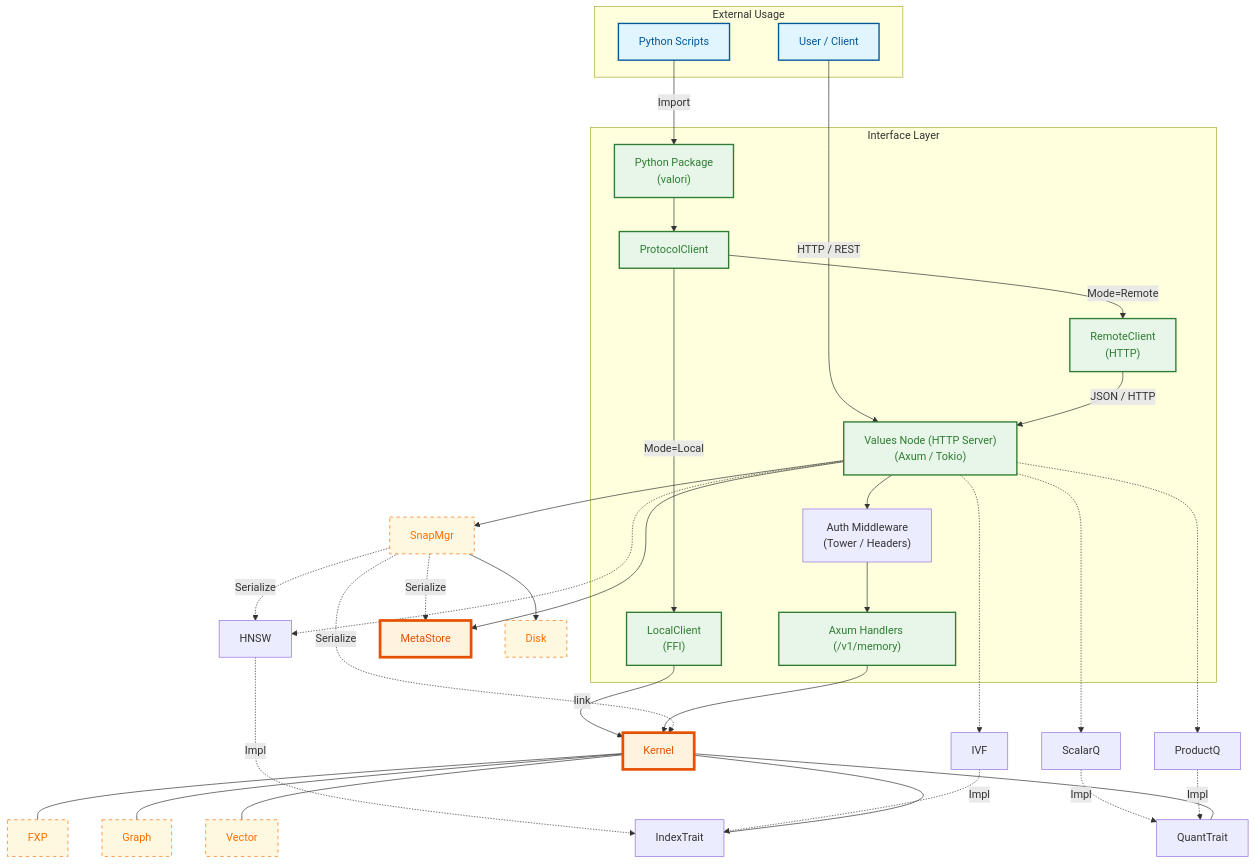
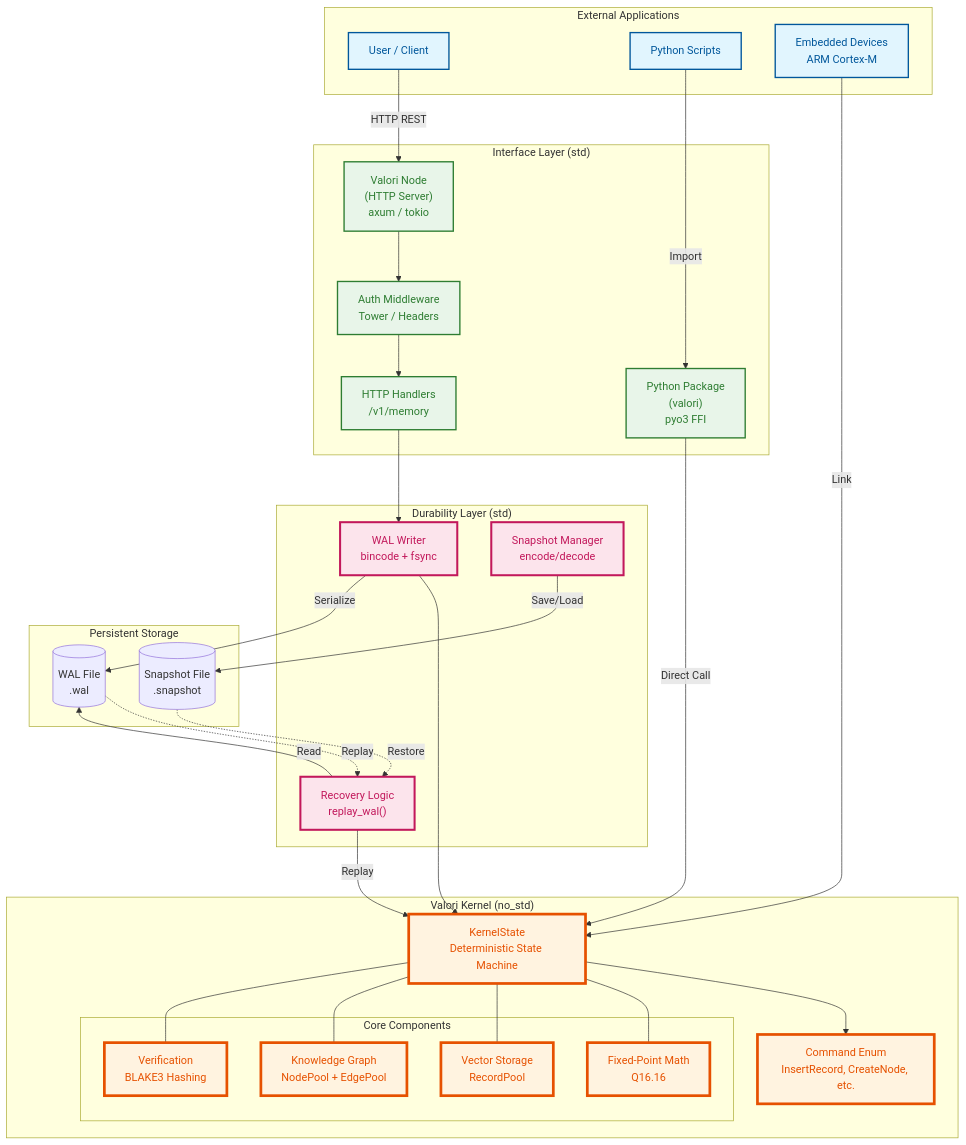
The diagram in architecture.md (varshith-Git/Valori-Kernel), drawn with Mermaid before and after one commit. The commit also changed other lines of this file and 19 other files, not shown here.

First line of the commit message:
feat: Add WAL persistence, crash recovery, and multi-arch CI validation

````diff
--- a/architecture.md
+++ b/architecture.md
@@ -9,75 +11,82 @@
 ```mermaid
 graph TD
     %% Style Definitions
-    classDef external fill:#e1f5fe,stroke:#01579b,stroke-width:2px,color:#01579b;
-    classDef interface fill:#e8f5e9,stroke:#2e7d32,stroke-width:2px,color:#2e7d32;
-    classDef core fill:#fff3e0,stroke:#e65100,stroke-width:4px,color:#e65100;
-    classDef internal fill:#fff8e1,stroke:#ff6f00,stroke-width:1px,stroke-dasharray: 5 5,color:#ff6f00;
+    classDef external fill:#e1f5fe,stroke:#01579b,stroke-width:2px,color:#01579b
+    classDef interface fill:#e8f5e9,stroke:#2e7d32,stroke-width:2px,color:#2e7d32
+    classDef core fill:#fff3e0,stroke:#e65100,stroke-width:4px,color:#e65100
+    classDef durability fill:#fce4ec,stroke:#c2185b,stroke-width:3px,color:#c2185b
 
-    subgraph External["External Usage"]
+    subgraph External["External Applications"]
         User[User / Client]
         PyScript[Python Scripts]
+        Embedded[Embedded Devices<br/>ARM Cortex-M]
     end
 
-    subgraph Interface["Interface Layer"]
-        NodeService["Values Node (HTTP Server)<br/>(Axum / Tokio)"]
-        AuthMiddleware["Auth Middleware<br/>(Tower / Headers)"]
-        PythonPkg["Python Package<br/>(valori)"]
+    subgraph Interface["Interface Layer (std)"]
+        NodeService["Valori Node<br/>(HTTP Server)<br/>axum / tokio"]
+        PythonPkg["Python Package<br/>(valori)<br/>pyo3 FFI"]
         
-        %% Protocol Components
-        Protocol["ProtocolClient"]
-        Local["LocalClient<br/>(FFI)"]
-        Remote["RemoteClient<br/>(HTTP)"]
-        
-        VMP_API["Axum Handlers (/v1/memory)"]
+        VMP_API["HTTP Handlers<br/>/v1/memory"]
+        AuthMiddleware["Auth Middleware<br/>Tower / Headers"]
     end
     
-    %% ... Core ...
+    subgraph Durability["Durability Layer (std)"]
+        WALWriter["WAL Writer<br/>bincode + fsync"]
+        Recovery["Recovery Logic<br/>replay_wal()"]
+        Snapshot["Snapshot Manager<br/>encode/decode"]
+    end
 
-    %% Relationships
-    User -->|HTTP / REST| NodeService
+    subgraph Core["Valori Kernel (no_std)"]
+        Kernel["KernelState<br/>Deterministic State Machine"]
+        Command["Command Enum<br/>InsertRecord, CreateNode, etc."]
+        
+        subgraph Components["Core Components"]
+            FXP["Fixed-Point Math<br/>Q16.16"]
+            Vector["Vector Storage<br/>RecordPool"]
+            Graph["Knowledge Graph<br/>NodePool + EdgePool"]
+            Verify["Verification<br/>BLAKE3 Hashing"]
+        end
+    end
     
+    subgraph Storage["Persistent Storage"]
+        SnapshotFile[("Snapshot File<br/>.snapshot")]
+        WALFile[("WAL File<br/>.wal")]
+    end
+
+    %% Relationships - User Flow
+    User -->|HTTP REST| NodeService
+    PyScript -->|Import| PythonPkg
+    Embedded -->|Link| Kernel
+
+    %% Node Service Flow
     NodeService --> AuthMiddleware
     AuthMiddleware --> VMP_API
+    VMP_API --> WALWriter
+    WALWriter --> Kernel
     
-    PyScript -->|Import| PythonPkg
+    %% Python FFI Flow
+    PythonPkg -->|Direct Call| Kernel
     
-    PythonPkg --> Protocol
-    Protocol -->|Mode=Local| Local
-    Protocol -->|Mode=Remote| Remote
+    %% Durability Flow
+    Kernel --> Command
+    WALWriter -->|Serialize| WALFile
+    Snapshot -->|Save/Load| SnapshotFile
+    Recovery -->|Read| WALFile
+    Recovery -->|Replay| Kernel
+    
+    %% Core Components
+    Kernel --- FXP
+    Kernel --- Vector
+    Kernel --- Graph
+    Kernel --- Verify
+    
+    %% Crash Recovery Flow
+    SnapshotFile -.->|Restore| Recovery
+    WALFile -.->|Replay| Recovery
 
-    Local -->|link| Kernel
-    Remote -->|JSON / HTTP| NodeService
-    
-    VMP_API --> Kernel
-
-    Kernel --- FXP
-    Kernel --- Graph
-    Kernel --- Vector
-    
-    NodeService -.-> HNSW
-    HNSW -.->|Impl| IndexTrait
-    NodeService -.-> IVF
-    IVF -.->|Impl| IndexTrait
-    NodeService -.-> ScalarQ
-    ScalarQ -.->|Impl| QuantTrait
-    NodeService -.-> ProductQ
-    ProductQ -.->|Impl| QuantTrait
-    NodeService --> MetaStore
-    
-    NodeService --> SnapMgr
-    SnapMgr --> Disk
-    SnapMgr -.->|Serialize| Kernel
-    SnapMgr -.->|Serialize| HNSW
-    SnapMgr -.->|Serialize| MetaStore
-    
-    Kernel --- IndexTrait
-    Kernel --- QuantTrait
-
-    %% Apply Classes
-    class User,PyScript external;
-    class NodeService,PythonPkg,Protocol,Local,Remote,VMP_API interface;
-    class Kernel,MetaStore core;
-    class FXP,Graph,Vector internal;
-    class SnapMgr,Disk internal;
+    %% Apply styles
+    class User,PyScript,Embedded external
+    class NodeService,PythonPkg,VMP_API,AuthMiddleware interface
+    class WALWriter,Recovery,Snapshot durability
+    class Kernel,Command,FXP,Vector,Graph,Verify core
 ```
````
